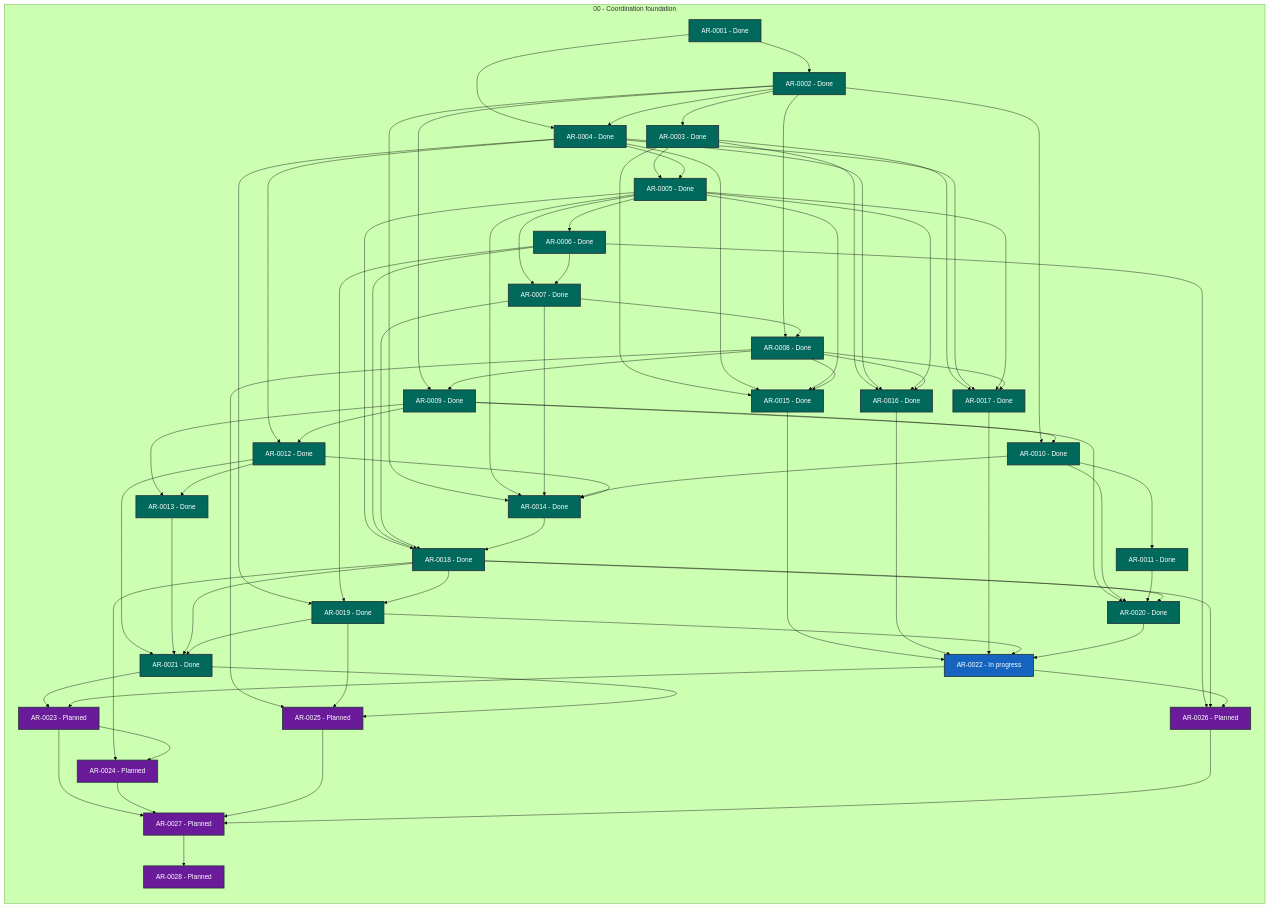
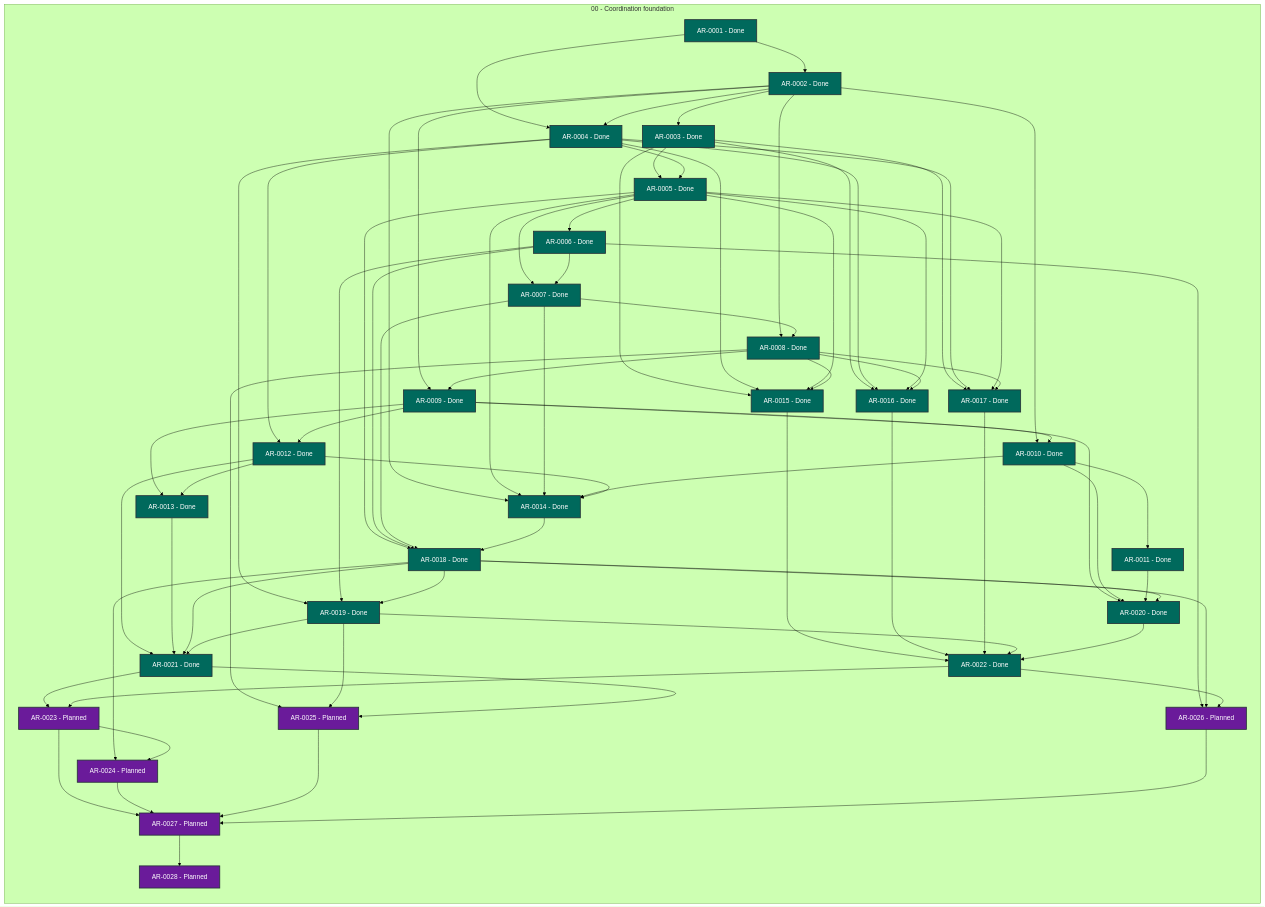
Before and after one commit to martin-beck/agent-workflow-runtime-state: the diagram in STATUS.md, drawn with Mermaid (forest theme). The commit also changed other lines of this file and 2 other files, not shown here.

```diff
--- a/STATUS.md
+++ b/STATUS.md
@@ -49,7 +49,7 @@
         AR_0019["AR-0019 - Done"]:::status_done
         AR_0020["AR-0020 - Done"]:::status_done
         AR_0021["AR-0021 - Done"]:::status_done
-        AR_0022["AR-0022 - In progress"]:::status_in_progress
+        AR_0022["AR-0022 - Done"]:::status_done
         AR_0023["AR-0023 - Planned"]:::status_planned
         AR_0024["AR-0024 - Planned"]:::status_planned
         AR_0025["AR-0025 - Planned"]:::status_planned
```
